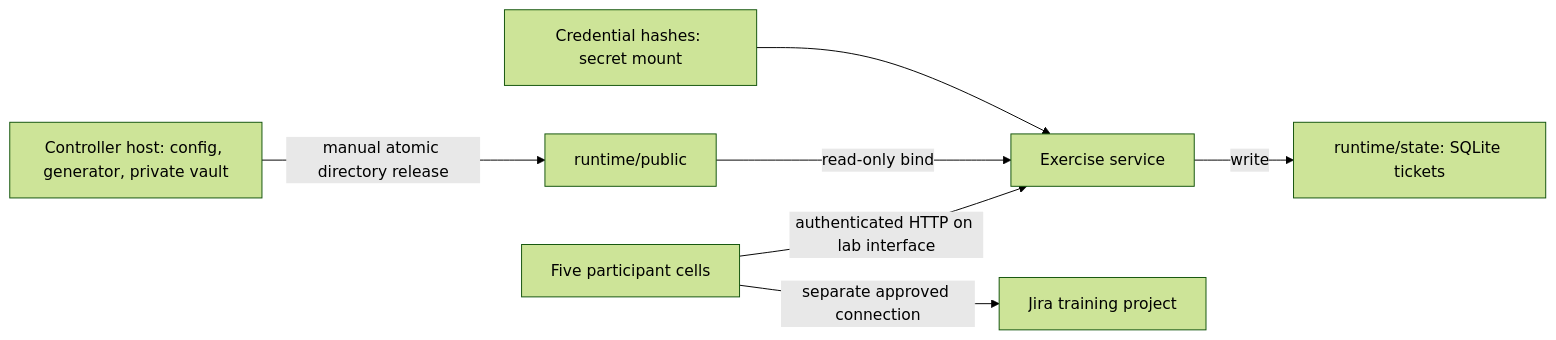
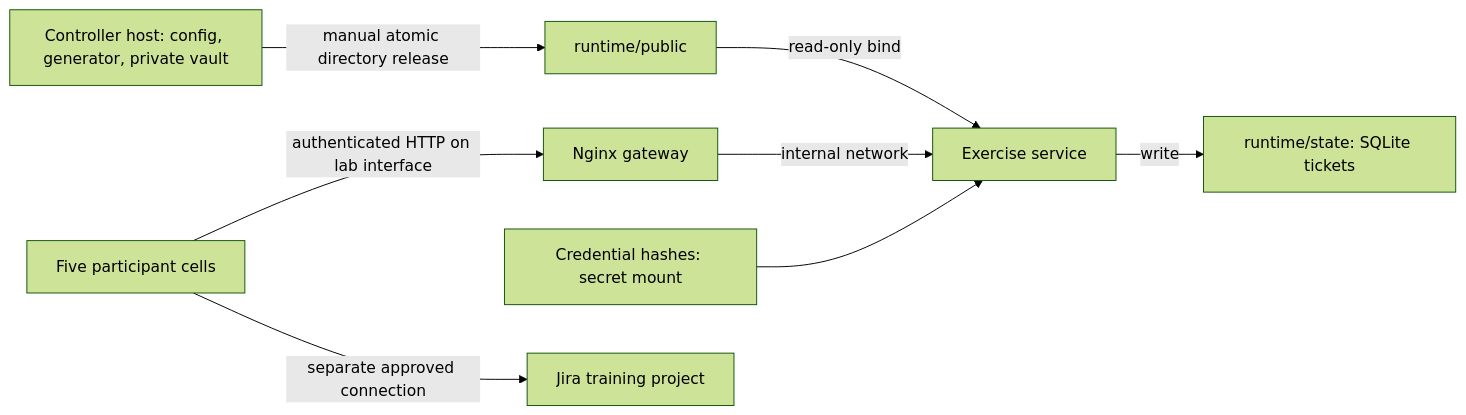
One commit to Judge-M/Oct26 changed the diagram in docs/architecture.md. Above: the diagram before and after it, drawn with Mermaid (forest theme). The commit also changed other lines of this file and 5 other files, not shown here.

````diff
--- a/docs/architecture.md
+++ b/docs/architecture.md
@@ -3,9 +3,10 @@
 ```mermaid
 flowchart LR
   C[Controller host: config, generator, private vault] -->|manual atomic directory release| P[runtime/public]
-  U[Five participant cells] -->|authenticated HTTP on lab interface| S[Exercise service]
+  U[Five participant cells] -->|authenticated HTTP on lab interface| G[Nginx gateway]
+  G -->|internal network| S[Exercise service]
   P -->|read-only bind| S
   S -->|write| D[runtime/state: SQLite tickets]
   K[Credential hashes: secret mount] --> S
   U -->|separate approved connection| J[Jira training project]
 ```
````
